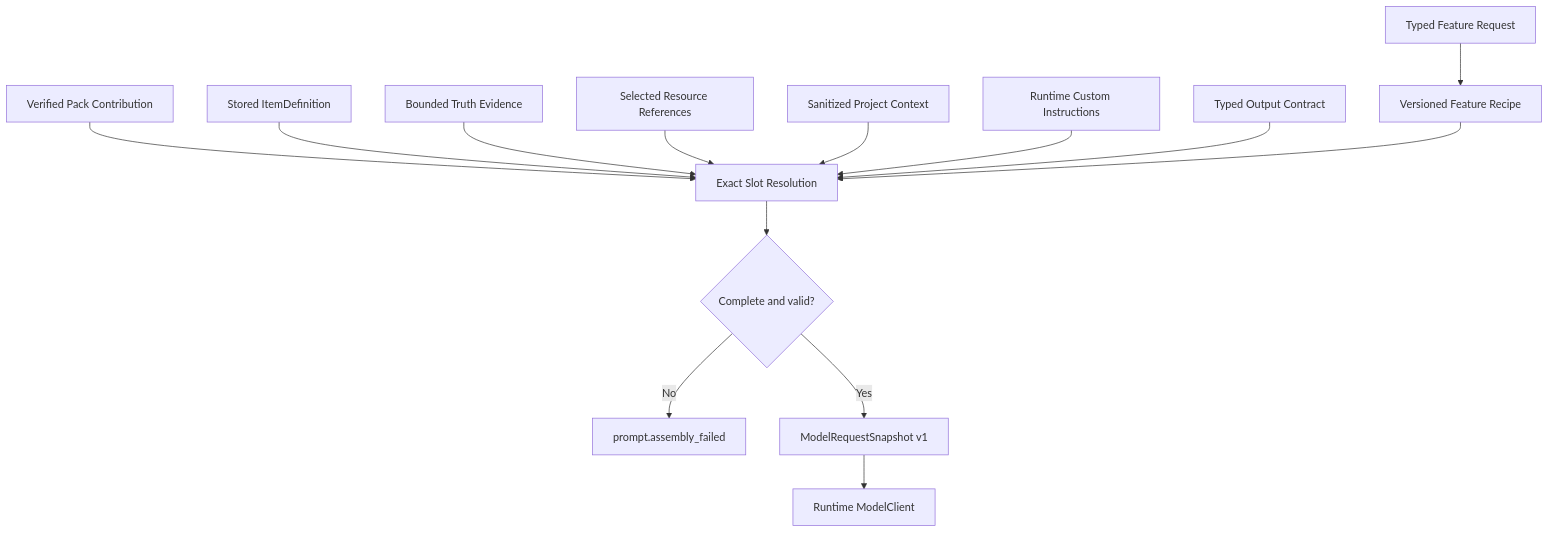
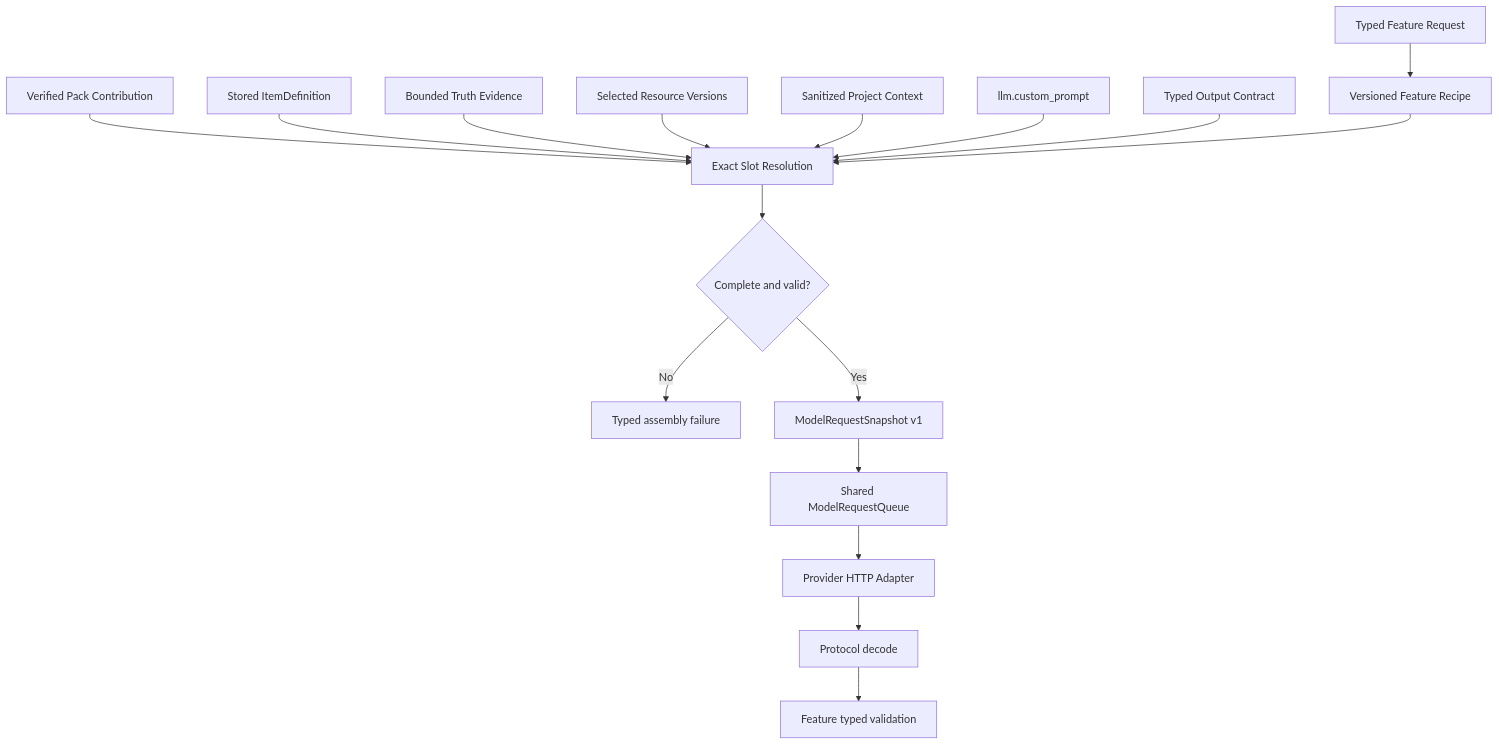
Before and after one commit to Frashmeat/AgentForSTS2: the diagram in docs/01-总览/Prompt-文本资源总览.md, drawn with Mermaid. The commit also changed other lines of this file and 9 other files, not shown here.

Commit message:
docs(stage2): consolidate current architecture guidance

````diff
--- a/docs/01-总览/Prompt-文本资源总览.md
+++ b/docs/01-总览/Prompt-文本资源总览.md
@@ -9,16 +13,19 @@
 ```mermaid
 flowchart TB
-    Input[Typed Feature Request] --> Recipe[Versioned Feature Recipe]
+    Request[Typed Feature Request] --> Recipe[Versioned Feature Recipe]
     Pack[Verified Pack Contribution] --> Slots[Exact Slot Resolution]
     Item[Stored ItemDefinition] --> Slots
     Truth[Bounded Truth Evidence] --> Slots
-    Resources[Selected Resource References] --> Slots
+    Resources[Selected Resource Versions] --> Slots
     Project[Sanitized Project Context] --> Slots
-    Custom[Runtime Custom Instructions] --> Slots
+    Custom[llm.custom_prompt] --> Slots
     Contract[Typed Output Contract] --> Slots
     Recipe --> Slots
     Slots --> Validate{Complete and valid?}
-    Validate -->|No| Failure[prompt.assembly_failed]
+    Validate -->|No| Failure[Typed assembly failure]
     Validate -->|Yes| Snapshot[ModelRequestSnapshot v1]
-    Snapshot --> Model[Runtime ModelClient]
+    Snapshot --> Queue[Shared ModelRequestQueue]
+    Queue --> Adapter[Provider HTTP Adapter]
+    Adapter --> Decode[Protocol decode]
+    Decode --> Domain[Feature typed validation]
 ```
````
